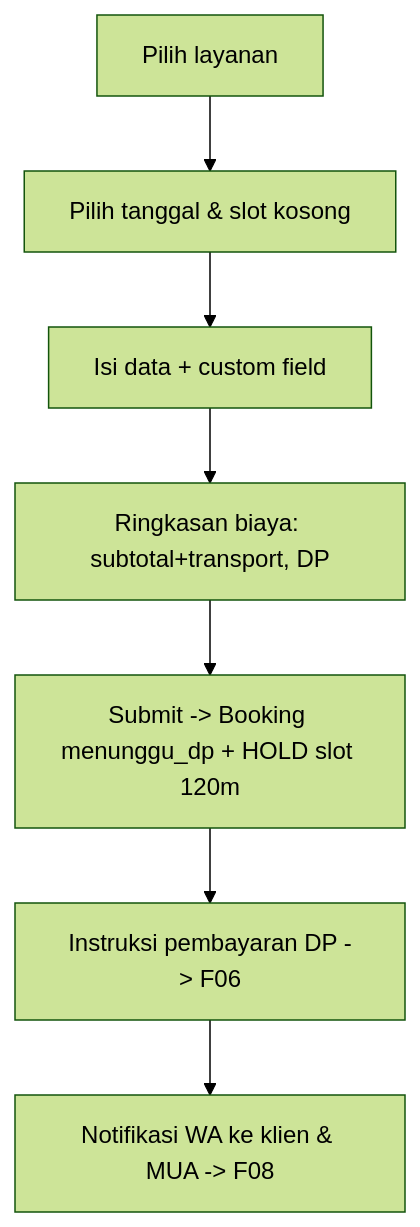
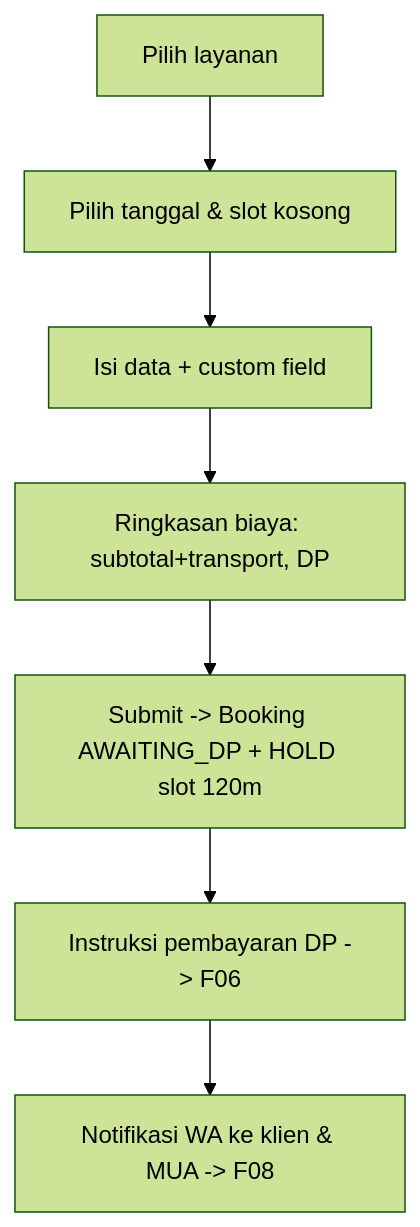
Before and after one commit to Marchelinoraco/mua: the diagram in docs/features/F04-booking-mandiri.md, drawn with Mermaid (forest theme). The commit also changed other lines of this file and 339 other files, not shown here.

````diff
--- a/docs/features/F04-booking-mandiri.md
+++ b/docs/features/F04-booking-mandiri.md
@@ -33,9 +33,9 @@
 ```mermaid
 flowchart TD
   A[Pilih layanan] --> B[Pilih tanggal & slot kosong]
   B --> C[Isi data + custom field]
   C --> D[Ringkasan biaya: subtotal+transport, DP]
-  D --> E[Submit -> Booking menunggu_dp + HOLD slot 120m]
+  D --> E[Submit -> Booking AWAITING_DP + HOLD slot 120m]
   E --> F[Instruksi pembayaran DP -> F06]
   F --> G[Notifikasi WA ke klien & MUA -> F08]
 ```
````
